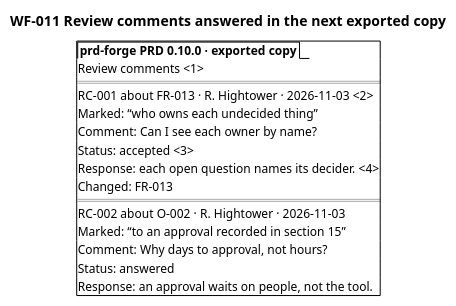
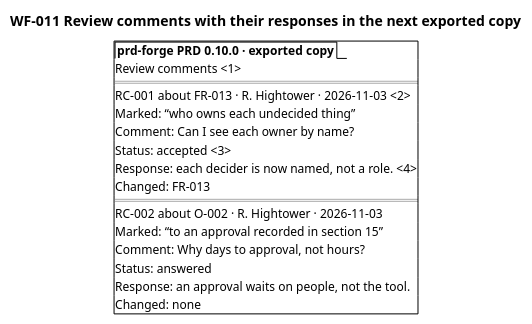
One commit to SpillwaveSolutions/prd-forge changed the diagram in docs/prd/prd-forge/diagrams/WF-011.puml. Above: the diagram before and after it, drawn with PlantUML. The commit also changed 9 other files, not shown here.

```diff
--- a/docs/prd/prd-forge/diagrams/WF-011.puml
+++ b/docs/prd/prd-forge/diagrams/WF-011.puml
@@ -1,20 +1,21 @@
 @startsalt
-title WF-011 Review comments answered in the next exported copy
+title WF-011 Review comments with their responses in the next exported copy
 {+
   {/ <b>prd-forge PRD 0.10.0 · exported copy</b> }
   Review comments <1>
   ==
   RC-001 about FR-013 · R. Hightower · 2026-11-03 <2>
   Marked: “who owns each undecided thing”
   Comment: Can I see each owner by name?
   Status: accepted <3>
-  Response: each open question names its decider. <4>
+  Response: each decider is now named, not a role. <4>
   Changed: FR-013
   ==
   RC-002 about O-002 · R. Hightower · 2026-11-03
   Marked: “to an approval recorded in section 15”
   Comment: Why days to approval, not hours?
   Status: answered
   Response: an approval waits on people, not the tool.
+  Changed: none
 }
 @endsalt
```
